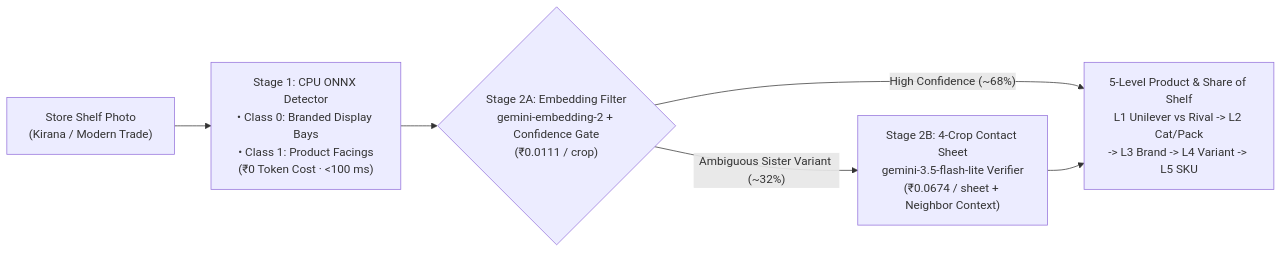
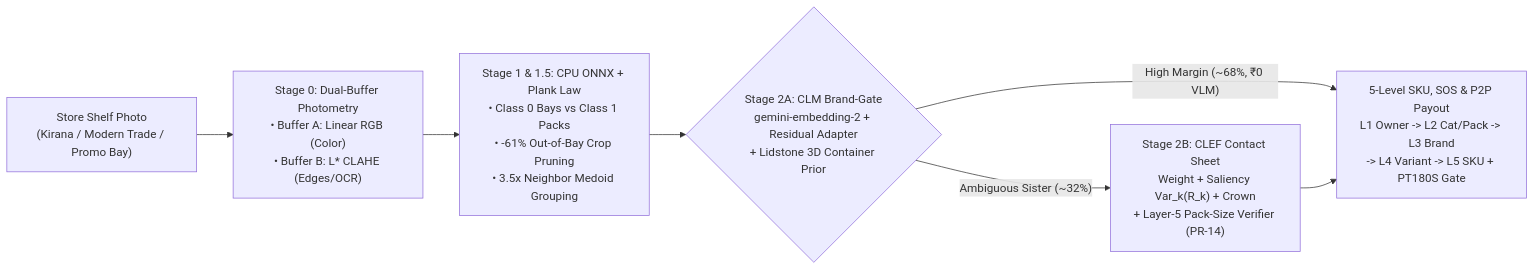
The first of 2 diagrams in README.md (jigyasujuneja/unilever-shelf-understanding-e2e), drawn with Mermaid before and after one commit. The commit also changed other lines of this file and 6 other files, not shown here.

Commit message:
docs(v2.3,skills): sync README and Architecture Guide to 57 exps/15 QC gates and add 5 reusable agent skills in skills/

````diff
--- a/README.md
+++ b/README.md
@@ -18,8 +19,9 @@
 ```mermaid
 flowchart LR
-    IMG["Store Shelf Photo\n(Kirana / Modern Trade)"] --> S1["Stage 1: CPU ONNX Detector\n• Class 0: Branded Display Bays\n• Class 1: Product Facings\n(₹0 Token Cost · <100 ms)"]
-    S1 --> S2A{"Stage 2A: Embedding Filter\ngemini-embedding-2 + Confidence Gate\n(₹0.0111 / crop)"}
-    S2A -->|"High Confidence (~68%)"| OUT["5-Level Product & Share of Shelf\nL1 Unilever vs Rival -> L2 Cat/Pack\n-> L3 Brand -> L4 Variant -> L5 SKU"]
-    S2A -->|"Ambiguous Sister Variant (~32%)"| S2B["Stage 2B: 4-Crop Contact Sheet\ngemini-3.5-flash-lite Verifier\n(₹0.0674 / sheet + Neighbor Context)"]
+    IMG["Store Shelf Photo\n(Kirana / Modern Trade / Promo Bay)"] --> S0["Stage 0: Dual-Buffer Photometry\n• Buffer A: Linear RGB (Color)\n• Buffer B: L* CLAHE (Edges/OCR)"]
+    S0 --> S1["Stage 1 & 1.5: CPU ONNX + Plank Law\n• Class 0 Bays vs Class 1 Packs\n• -61% Out-of-Bay Crop Pruning\n• 3.5x Neighbor Medoid Grouping"]
+    S1 --> S2A{"Stage 2A: CLM Brand-Gate\ngemini-embedding-2 + Residual Adapter\n+ Lidstone 3D Container Prior"}
+    S2A -->|"High Margin (~68%, ₹0 VLM)"| OUT["5-Level SKU, SOS & P2P Payout\nL1 Owner -> L2 Cat/Pack -> L3 Brand\n-> L4 Variant -> L5 SKU + PT180S Gate"]
+    S2A -->|"Ambiguous Sister (~32%)"| S2B["Stage 2B: CLEF Contact Sheet\nWeight + Saliency Var_k(R_k) + Crown\n+ Layer-5 Pack-Size Verifier (PR-14)"]
     S2B --> OUT
 ```
````
